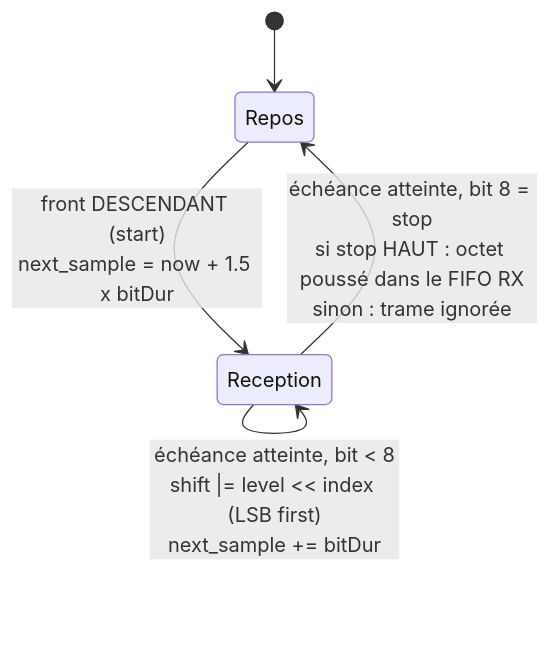
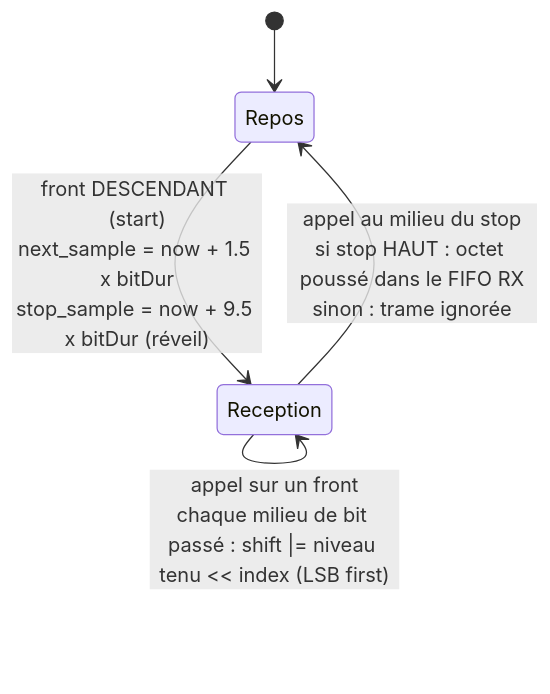
One commit to bdelaup/modelica_micropython changed the first of 2 diagrams in docs/peripherique-uart.md. Above: the diagram before and after it, drawn with Mermaid. The commit also changed other lines of this file and 25 other files, not shown here.

````diff
--- a/docs/peripherique-uart.md
+++ b/docs/peripherique-uart.md
@@ -53,7 +74,7 @@
 ```mermaid
 stateDiagram-v2
     [*] --> Repos
-    Repos --> Reception : front DESCENDANT (start)<br/>next_sample = now + 1.5 x bitDur
-    Reception --> Reception : échéance atteinte, bit < 8<br/>shift |= level << index (LSB first)<br/>next_sample += bitDur
-    Reception --> Repos : échéance atteinte, bit 8 = stop<br/>si stop HAUT : octet poussé dans le FIFO RX<br/>sinon : trame ignorée
+    Repos --> Reception : front DESCENDANT (start)<br/>next_sample = now + 1.5 x bitDur<br/>stop_sample = now + 9.5 x bitDur (réveil)
+    Reception --> Reception : appel sur un front<br/>chaque milieu de bit passé : shift |= niveau tenu << index (LSB first)
+    Reception --> Repos : appel au milieu du stop<br/>si stop HAUT : octet poussé dans le FIFO RX<br/>sinon : trame ignorée
 ```
````
